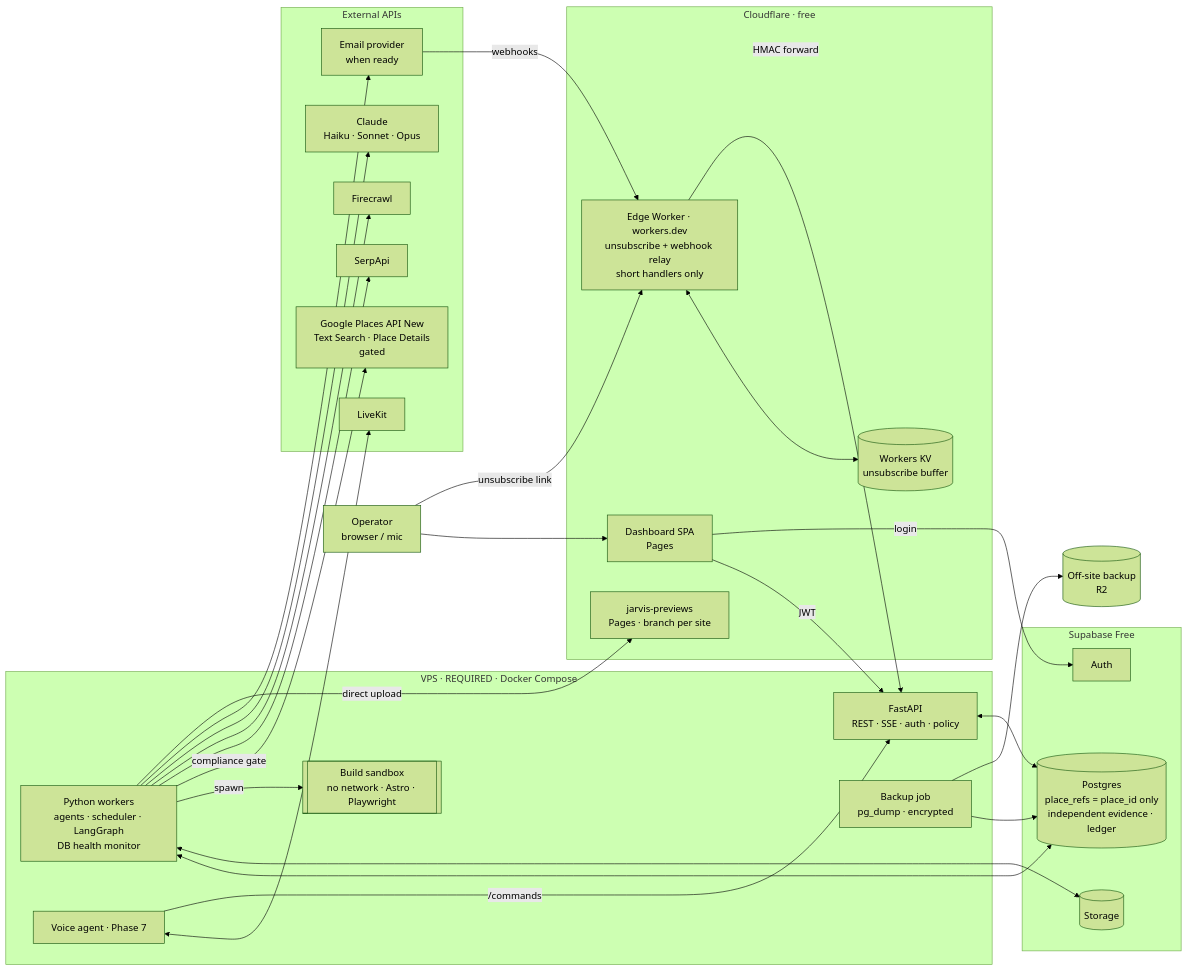
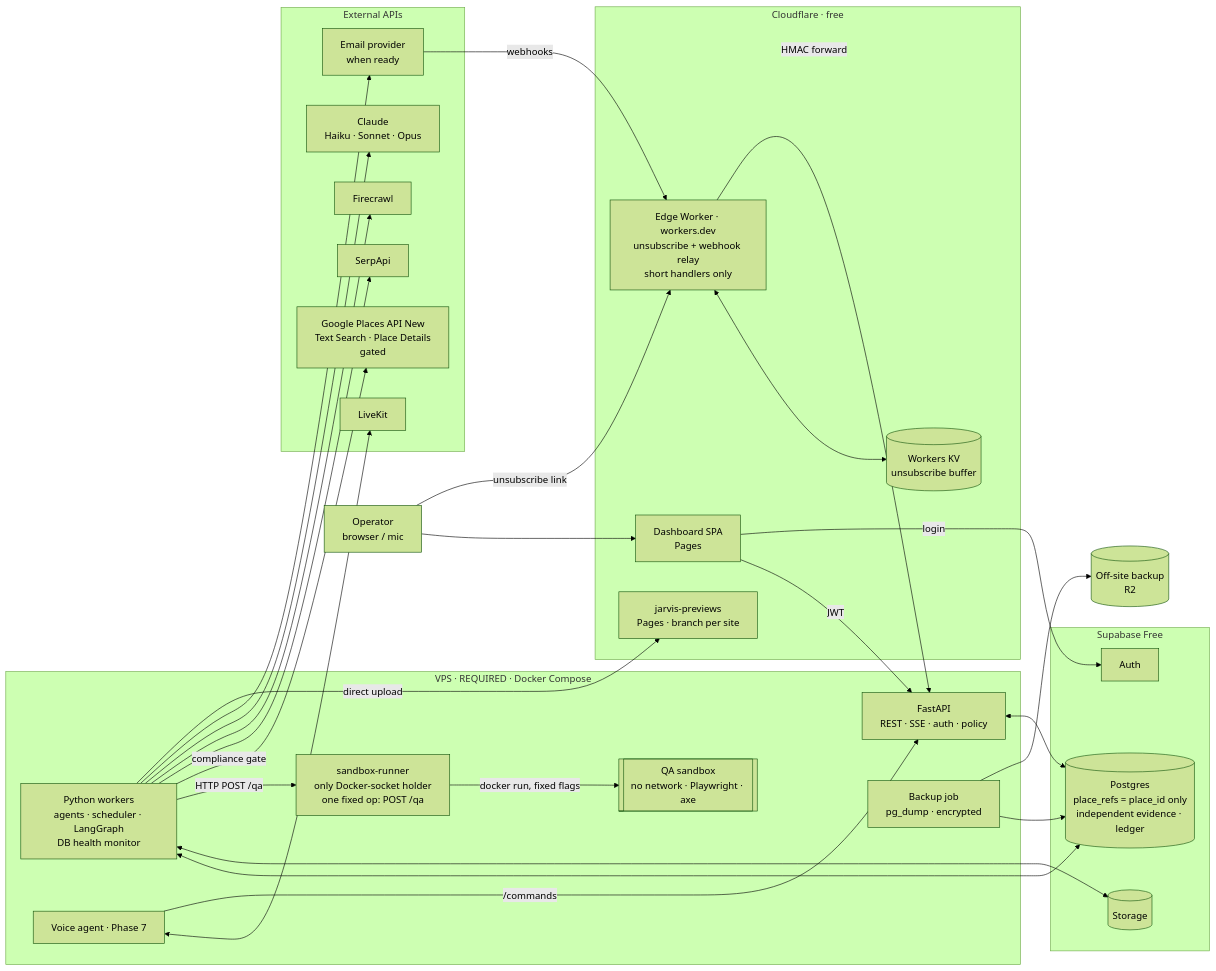
One commit to Hammadthepro/Jarvis-AI-Agency-Agent changed the first of 6 diagrams in docs/SYSTEM_DIAGRAM.md. Above: the diagram before and after it, drawn with Mermaid (forest theme). The commit also changed other lines of this file and 6 other files, not shown here.

First line of the commit message:
Align docs with the sandbox-runner Docker architecture and add a consistency check

````diff
--- a/docs/SYSTEM_DIAGRAM.md
+++ b/docs/SYSTEM_DIAGRAM.md
@@ -14,58 +14,60 @@
 ```mermaid
 flowchart LR
   U[Operator<br/>browser / mic]
 
   subgraph CF[Cloudflare · free]
     D[Dashboard SPA<br/>Pages]
     P[jarvis-previews<br/>Pages · branch per site]
     E[Edge Worker · workers.dev<br/>unsubscribe + webhook relay<br/>short handlers only]
     KV[(Workers KV<br/>unsubscribe buffer)]
   end
 
   subgraph VPS[VPS · REQUIRED · Docker Compose]
     API[FastAPI<br/>REST · SSE · auth · policy]
     W[Python workers<br/>agents · scheduler · LangGraph<br/>DB health monitor]
-    SB[[Build sandbox<br/>no network · Astro · Playwright]]
+    SR[sandbox-runner<br/>only Docker-socket holder<br/>one fixed op: POST /qa]
+    SB[[QA sandbox<br/>no network · Playwright · axe]]
     BK[Backup job<br/>pg_dump · encrypted]
     V[Voice agent · Phase 7]
   end
 
   subgraph SUPA[Supabase Free]
     DB[(Postgres<br/>place_refs = place_id only<br/>independent evidence · ledger)]
     AU[Auth]
     ST[(Storage)]
   end
 
   subgraph EXT[External APIs]
     GP[Google Places API New<br/>Text Search · Place Details<br/>gated]
     SE[SerpApi]
     FC[Firecrawl]
     CL[Claude<br/>Haiku · Sonnet · Opus]
     LK[LiveKit]
     EM[Email provider<br/>when ready]
   end
 
   R2[(Off-site backup<br/>R2)]
 
   U --> D
   D -- JWT --> API
   D -- login --> AU
   API <--> DB
   W <--> DB
   W <--> ST
-  W -- spawn --> SB
+  W -- HTTP POST /qa --> SR
+  SR -- docker run, fixed flags --> SB
   W -- compliance gate --> GP
   W --> SE
   W --> FC
   W --> CL
   W --> EM
   W -- direct upload --> P
   BK --> DB
   BK --> R2
   EM -- webhooks --> E
   U -- unsubscribe link --> E
   E <--> KV
   E -- HMAC forward --> API
   V <--> LK
   V -- /commands --> API
 ```
````
